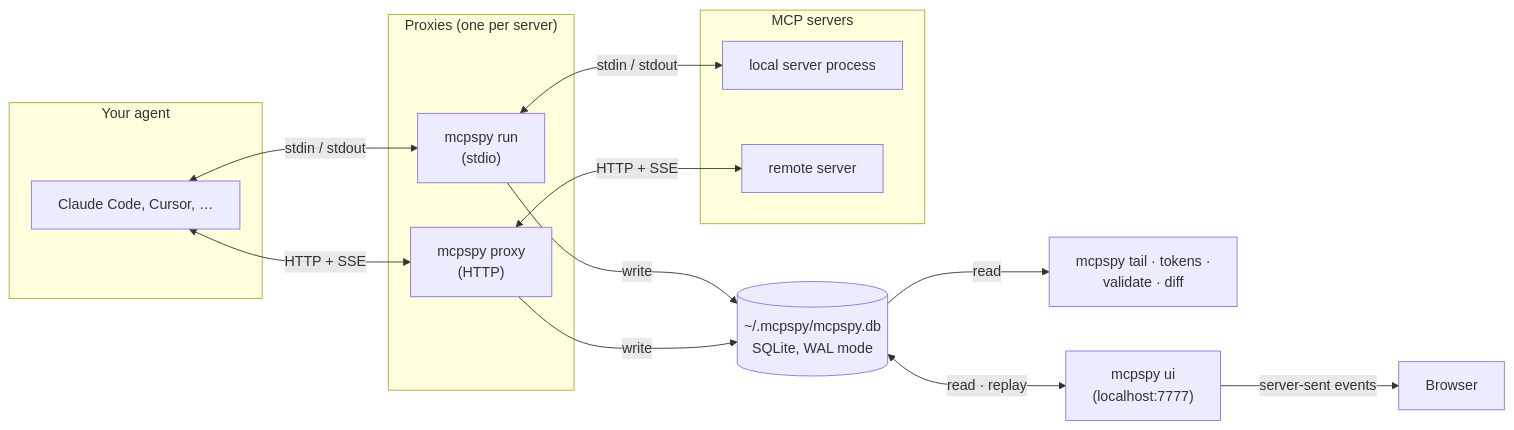
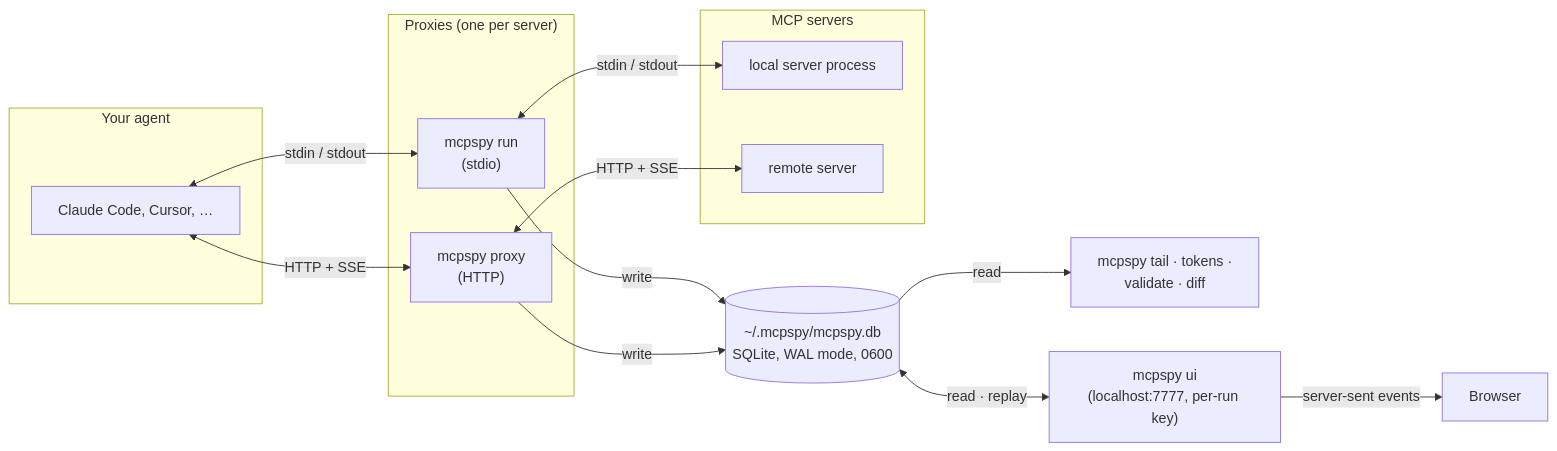
One commit to Jarryd-W-Hoffman/mcp-spy changed the fourth of 9 diagrams in README.md. Above: the diagram before and after it, drawn with Mermaid. The commit also changed other lines of this file and 2 other files, not shown here.

First line of the commit message:
Refresh the README for #23–#34, and re-run the bench with policies (#35)

````diff
--- a/README.md
+++ b/README.md
@@ -483,21 +489,21 @@
 ```mermaid
 flowchart LR
     subgraph agent ["Your agent"]
         A["Claude Code, Cursor, …"]
     end
     subgraph proxies ["Proxies (one per server)"]
         P1["mcpspy run<br/>(stdio)"]
         P2["mcpspy proxy<br/>(HTTP)"]
     end
     subgraph servers ["MCP servers"]
         S1["local server process"]
         S2["remote server"]
     end
     A <-->|"stdin / stdout"| P1 <-->|"stdin / stdout"| S1
     A <-->|"HTTP + SSE"| P2 <-->|"HTTP + SSE"| S2
-    P1 -->|write| DB[("~/.mcpspy/mcpspy.db<br/>SQLite, WAL mode")]
+    P1 -->|write| DB[("~/.mcpspy/mcpspy.db<br/>SQLite, WAL mode, 0600")]
     P2 -->|write| DB
     DB -->|read| T["mcpspy tail · tokens ·<br/>validate · diff"]
-    DB <-->|"read · replay"| U["mcpspy ui<br/>(localhost:7777)"]
+    DB <-->|"read · replay"| U["mcpspy ui<br/>(localhost:7777, per-run key)"]
     U -->|server-sent events| B["Browser"]
 ```
````
